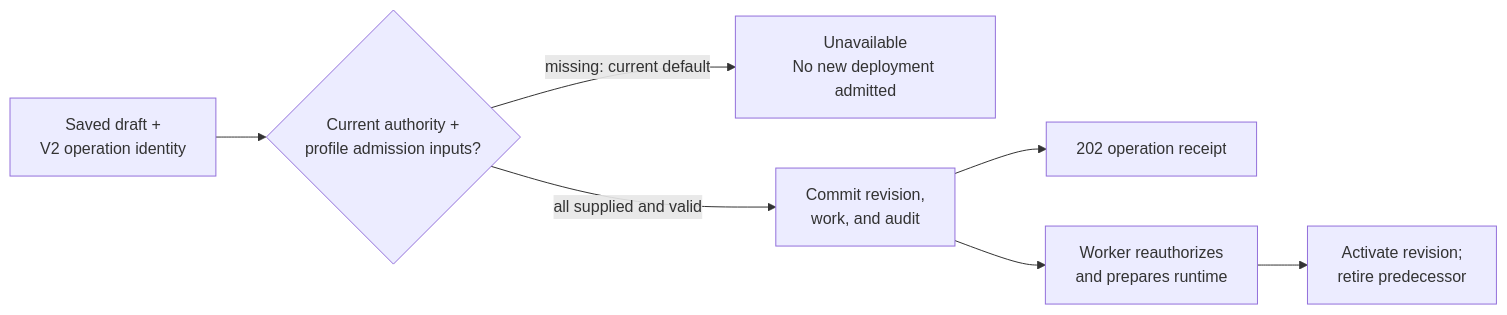
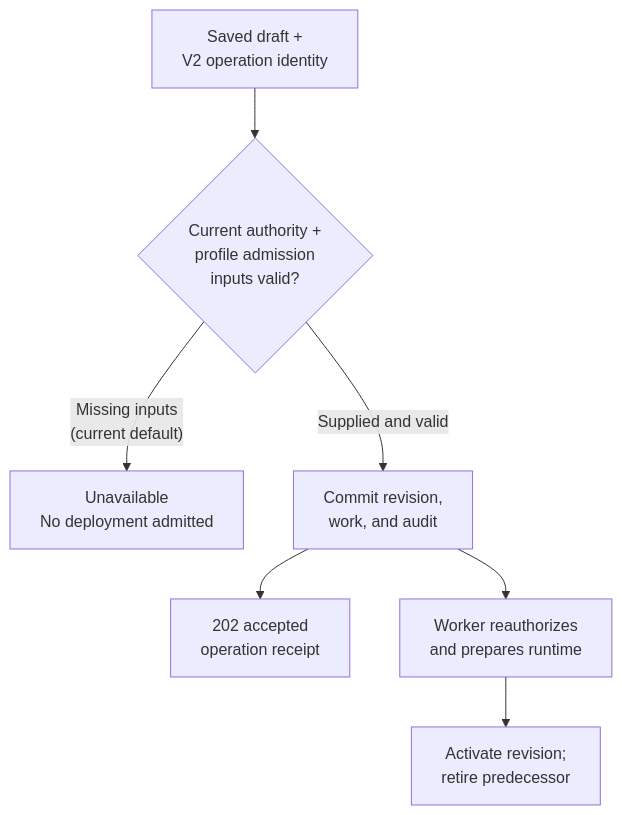
One commit to SebTardif/openclaw-enterprise changed the second of 2 diagrams in docs/integration-dev-overview.md. Above: the diagram before and after it, drawn with Mermaid. The commit also changed other lines of this file, not shown here.

Commit message:
docs: prevent overview diagram label clipping

````diff
--- a/docs/integration-dev-overview.md
+++ b/docs/integration-dev-overview.md
@@ -77,9 +77,9 @@
 ```mermaid
-flowchart LR
-    Draft["Saved draft +<br/>V2 operation identity"] --> Admission{"Current authority +<br/>profile admission inputs?"}
-    Admission -->|"missing: current default"| Unavailable["Unavailable<br/>No new deployment admitted"]
-    Admission -->|"all supplied and valid"| Commit["Commit revision,<br/>work, and audit"]
-    Commit --> Receipt["202 operation receipt"]
+flowchart TB
+    Draft["Saved draft +<br/>V2 operation identity"] --> Admission{"Current authority +<br/>profile admission<br/>inputs valid?"}
+    Admission -->|"Missing inputs<br/>(current default)"| Unavailable["Unavailable<br/>No deployment admitted"]
+    Admission -->|"Supplied and valid"| Commit["Commit revision,<br/>work, and audit"]
+    Commit --> Receipt["202 accepted<br/>operation receipt"]
     Commit --> Worker["Worker reauthorizes<br/>and prepares runtime"]
     Worker --> Activate["Activate revision;<br/>retire predecessor"]
 ```
````
